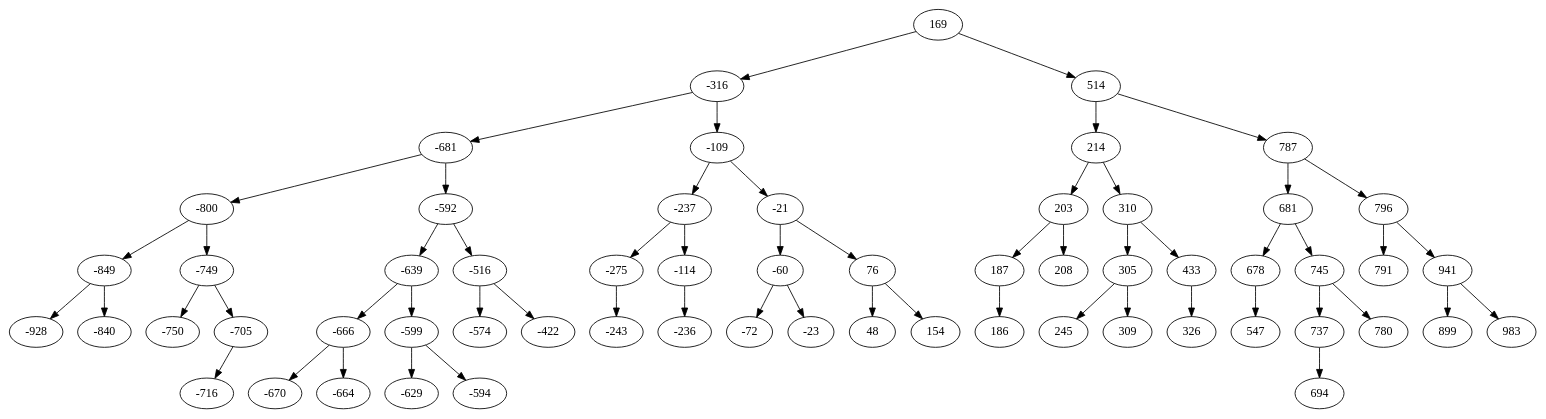
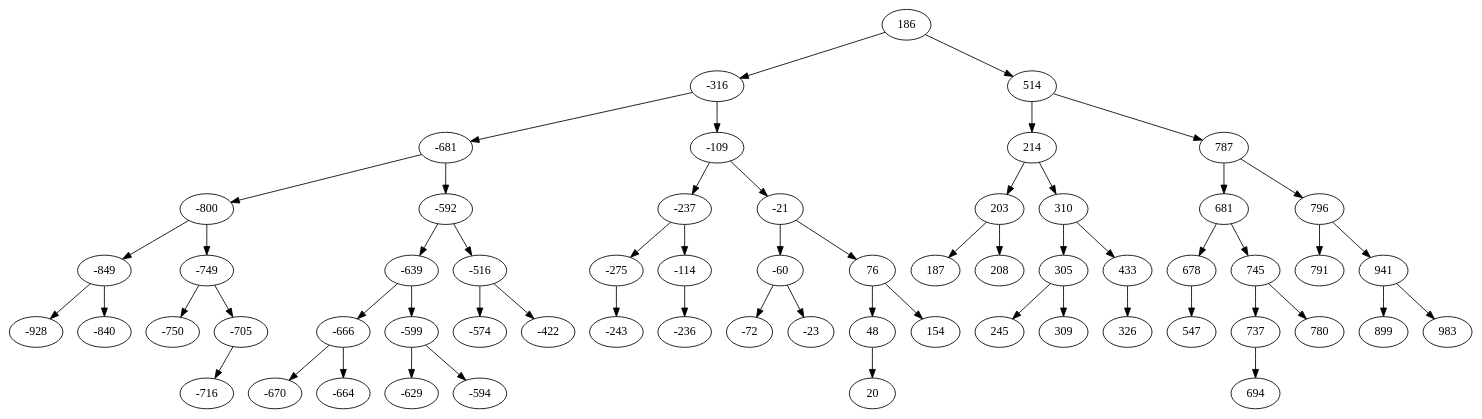
Before and after one commit to tinyynoob/mixed: the diagram in cpp/outGraph.dot, drawn with Graphviz. The commit also changed 1 other file, not shown here.

```diff
--- a/cpp/outGraph.dot
+++ b/cpp/outGraph.dot
@@ -1,62 +1,62 @@
 digraph AVL_tree {
-	169 -> {-316 514};
+	186 -> {-316 514};
 	-316 -> {-681 -109};
 	-681 -> {-800 -592};
 	-800 -> {-849 -749};
 	-849 -> {-928 -840};
 	-928 -> {};
 	-840 -> {};
 	-749 -> {-750 -705};
 	-750 -> {};
 	-705 -> {-716 };
 	-716 -> {};
 	-592 -> {-639 -516};
 	-639 -> {-666 -599};
 	-666 -> {-670 -664};
 	-670 -> {};
 	-664 -> {};
 	-599 -> {-629 -594};
 	-629 -> {};
 	-594 -> {};
 	-516 -> {-574 -422};
 	-574 -> {};
 	-422 -> {};
 	-109 -> {-237 -21};
 	-237 -> {-275 -114};
 	-275 -> {-243};
 	-243 -> {};
 	-114 -> {-236 };
 	-236 -> {};
 	-21 -> {-60 76};
 	-60 -> {-72 -23};
 	-72 -> {};
 	-23 -> {};
 	76 -> {48 154};
-	48 -> {};
+	48 -> {20 };
+	20 -> {};
 	154 -> {};
 	514 -> {214 787};
 	214 -> {203 310};
 	203 -> {187 208};
-	187 -> {186 };
-	186 -> {};
+	187 -> {};
 	208 -> {};
 	310 -> {305 433};
 	305 -> {245 309};
 	245 -> {};
 	309 -> {};
 	433 -> {326 };
 	326 -> {};
 	787 -> {681 796};
 	681 -> {678 745};
 	678 -> {547 };
 	547 -> {};
 	745 -> {737 780};
 	737 -> {694 };
 	694 -> {};
 	780 -> {};
 	796 -> {791 941};
 	791 -> {};
 	941 -> {899 983};
 	899 -> {};
 	983 -> {};
 }
```
